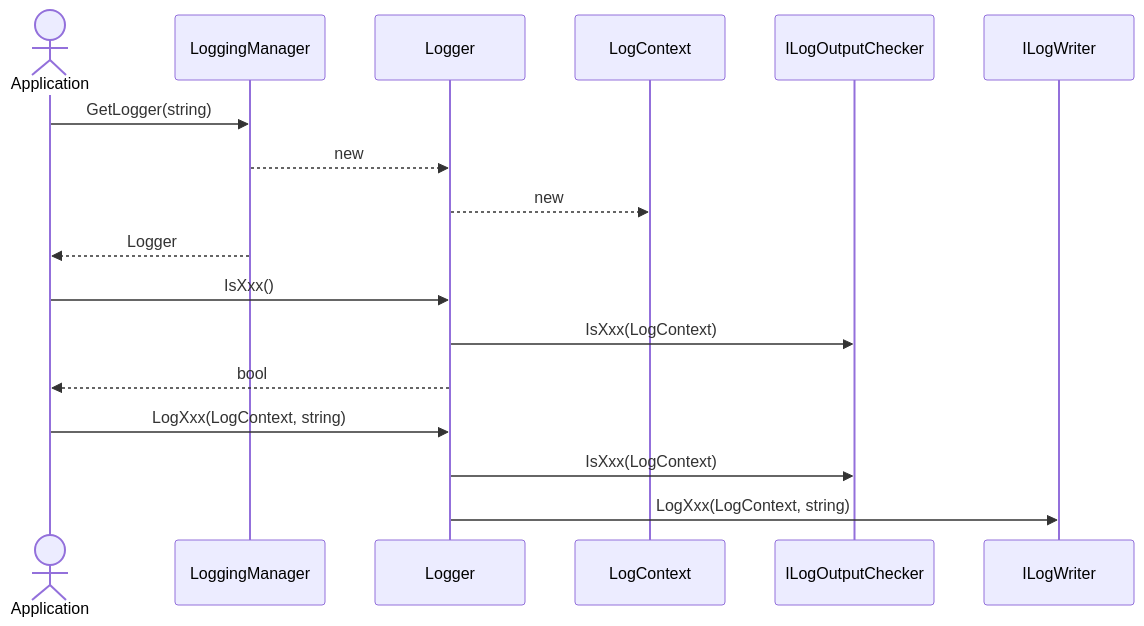
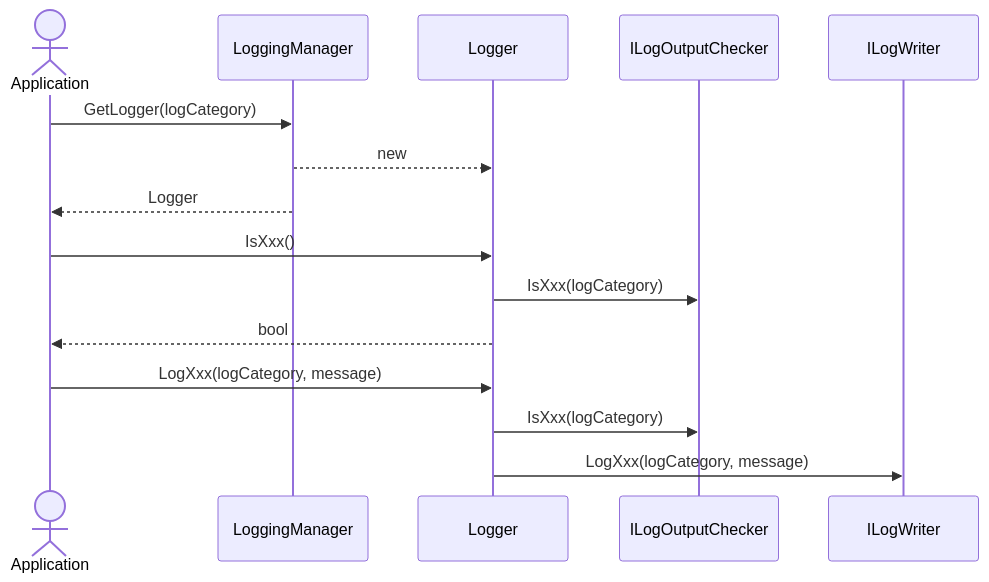
One commit to extreal-dev/Extreal.Guide changed the second of 2 diagrams in docs/core/logging.md. Above: the diagram before and after it, drawn with Mermaid. The commit also changed other lines of this file, not shown here.

Commit message:
実装に合わせてガイドを修正

````diff
--- a/docs/core/logging.md
+++ b/docs/core/logging.md
@@ -118,14 +118,13 @@
 ```mermaid
 sequenceDiagram
     actor Application
-    Application->>LoggingManager: GetLogger(string)
+    Application->>LoggingManager: GetLogger(logCategory)
     LoggingManager-->>Logger: new
-    Logger-->>LogContext: new
     LoggingManager-->>Application: Logger
     Application->>Logger: IsXxx()
-    Logger->>ILogOutputChecker: IsXxx(LogContext)
+    Logger->>ILogOutputChecker: IsXxx(logCategory)
     Logger-->>Application: bool
-    Application->>Logger: LogXxx(LogContext, string)
-    Logger->>ILogOutputChecker: IsXxx(LogContext)
-    Logger->>ILogWriter: LogXxx(LogContext, string)
+    Application->>Logger: LogXxx(logCategory, message)
+    Logger->>ILogOutputChecker: IsXxx(logCategory)
+    Logger->>ILogWriter: LogXxx(logCategory, message)
 ```
````
